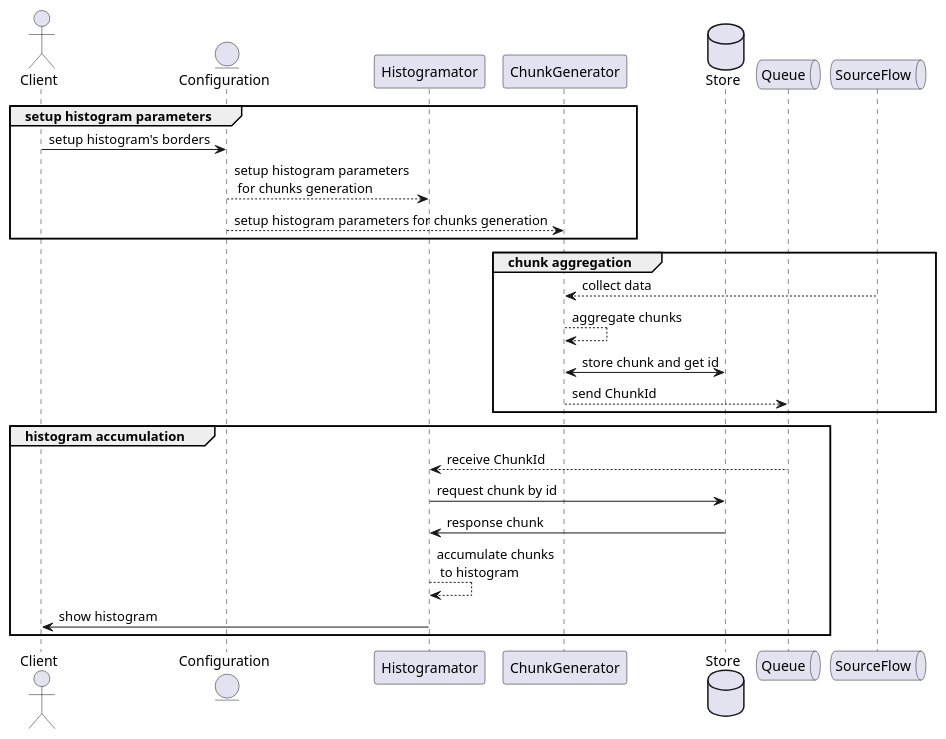
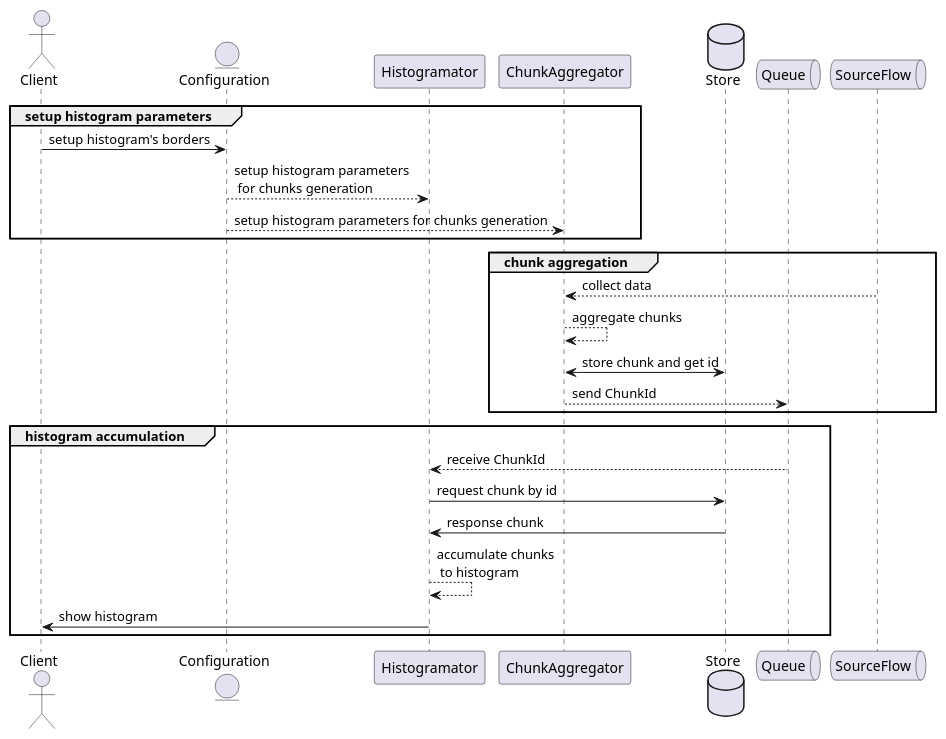
The diagram in docs/sequence.puml (Gurikin/flow-histogram), drawn with PlantUML before and after one commit. The commit also changed 1 other file, not shown here.

```diff
--- a/docs/sequence.puml
+++ b/docs/sequence.puml
@@ -1,32 +1,32 @@
 @startuml
 
 actor Client
 entity Configuration
 participant Histogramator
-participant ChunkGenerator
+participant ChunkAggregator
 database Store
 queue Queue
 queue SourceFlow
 
 group setup histogram parameters
     Client -> Configuration: setup histogram's borders
     Configuration --> Histogramator: setup histogram parameters \n for chunks generation
-    Configuration --> ChunkGenerator: setup histogram parameters for chunks generation
+    Configuration --> ChunkAggregator: setup histogram parameters for chunks generation
 end
 
 group chunk aggregation
-    ChunkGenerator <-- SourceFlow: collect data
-    ChunkGenerator --> ChunkGenerator: aggregate chunks
-    ChunkGenerator <-> Store: store chunk and get id
-    ChunkGenerator --> Queue: send ChunkId
+    ChunkAggregator <-- SourceFlow: collect data
+    ChunkAggregator --> ChunkAggregator: aggregate chunks
+    ChunkAggregator <-> Store: store chunk and get id
+    ChunkAggregator --> Queue: send ChunkId
 end
 
 group histogram accumulation
     Histogramator <-- Queue: receive ChunkId
     Histogramator -> Store: request chunk by id
     Histogramator <- Store: response chunk
     Histogramator --> Histogramator: accumulate chunks \n to histogram
     Histogramator -> Client: show histogram
 end
 
 @enduml
```
